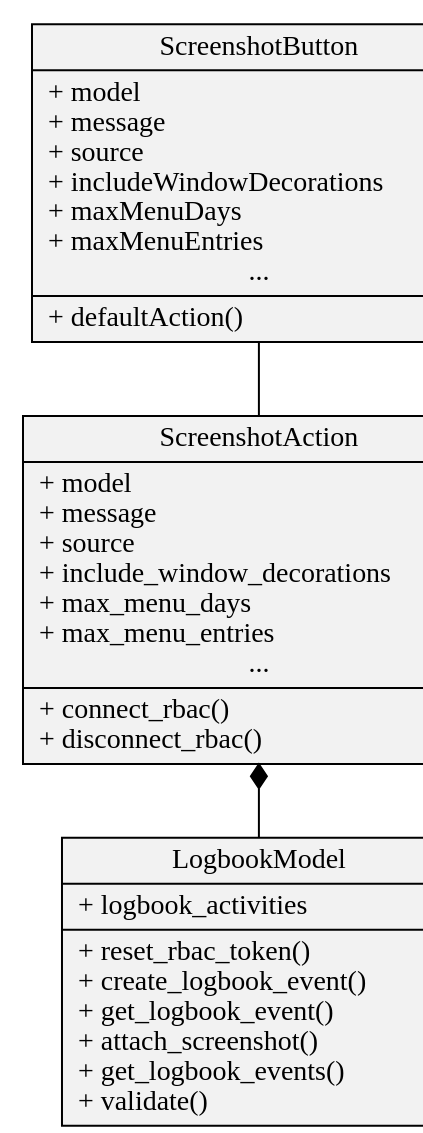
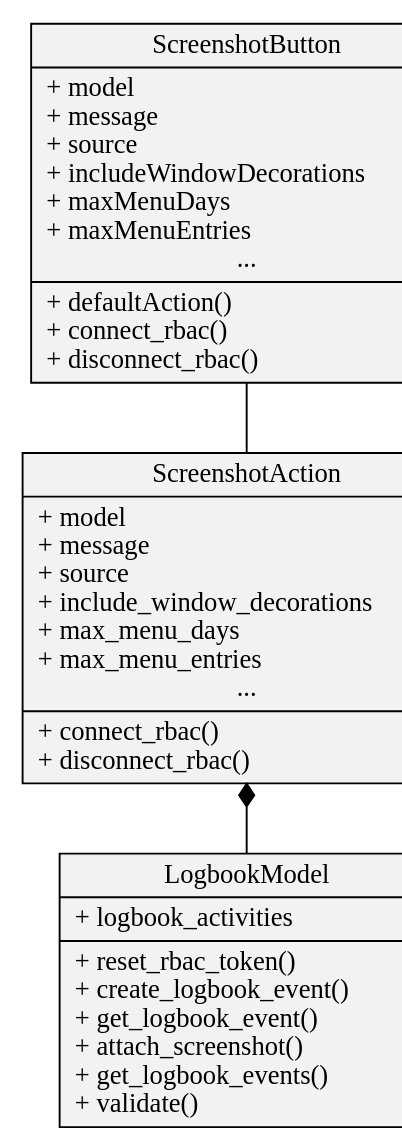
One commit to jfpatrick/accsoft-gui-pyqt-widgets changed the diagram in docs/widgets/screenshot/api/modules.rst. Above: the diagram before and after it, drawn with Graphviz. The commit also changed 5 other files, not shown here.

Commit message:
Add connect_rbac and disconnect_rbac methods to ScreenshotButton

```diff
--- a/docs/widgets/screenshot/api/modules.rst
+++ b/docs/widgets/screenshot/api/modules.rst
@@ -7,18 +7,18 @@
 .. graphviz::
    :align: center
    :caption: ScreenshotButton widget architecture
    :alt: ScreenshotButton widget architecture
 
    digraph hierarchy {
      graph[resolution=90];
      size="5,5"
      node[shape=record,style=filled,fillcolor=gray95];
      edge[dir=back, arrowtail=empty];
 
-     widget [label="{ScreenshotButton|+ model\l+ message\l+ source\l+ includeWindowDecorations\l+ maxMenuDays\l+ maxMenuEntries\l...|+ defaultAction()\l}"]
+     widget [label="{ScreenshotButton|+ model\l+ message\l+ source\l+ includeWindowDecorations\l+ maxMenuDays\l+ maxMenuEntries\l...|+ defaultAction()\l+ connect_rbac()\l+ disconnect_rbac()\l}"]
      action [label="{ScreenshotAction|+ model\l+ message\l+ source\l+ include_window_decorations\l+ max_menu_days\l+ max_menu_entries\l...|+ connect_rbac()\l+ disconnect_rbac()\l}"]
      model [label="{LogbookModel|+ logbook_activities\l|+ reset_rbac_token()\l+ create_logbook_event()\l+ get_logbook_event()\l+ attach_screenshot()\l+ get_logbook_events()\l+ validate()\l}"]
 
      widget -> action [arrowtail=none];
      action -> model [arrowtail=diamond];
    }
```
